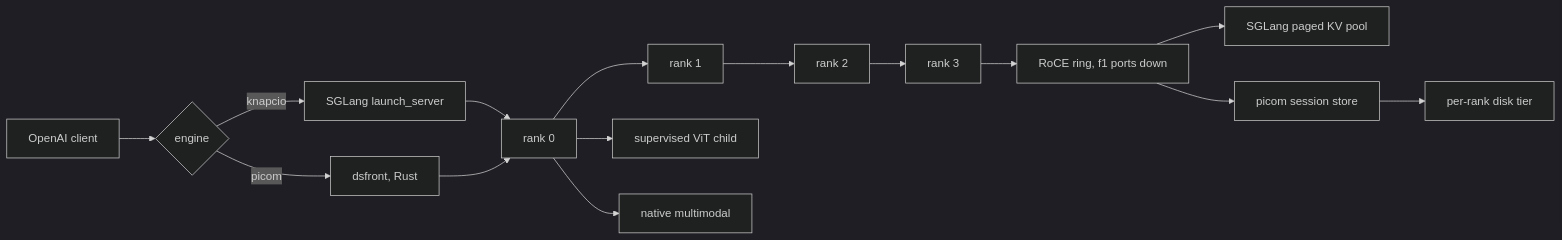
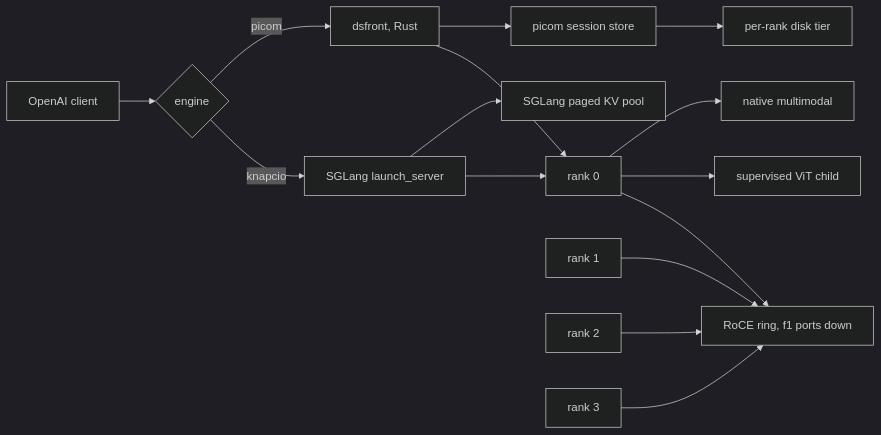
One commit to littlecedar/sparkrun-recipe-registry changed the first of 2 diagrams in recipes/ds4/PICOM-VS-KNAPCIO.md. Above: the diagram before and after it, drawn with Mermaid (dark theme).

Commit message:
ds4: draw four ranks on one switch, not a chain that ends at rank 3
- Each rank now has its own edge to the fabric, so the ring is a switch all four reach.
- The KV pool hangs off the knapcio engine and the session store off the picom engine;
  neither is a device behind the fabric.

````diff
--- a/recipes/ds4/PICOM-VS-KNAPCIO.md
+++ b/recipes/ds4/PICOM-VS-KNAPCIO.md
@@ -45,17 +45,17 @@
 ```mermaid
 flowchart LR
   client[OpenAI client] --> fe{engine}
   fe -->|knapcio| sg["SGLang launch_server"]
   fe -->|picom| df["dsfront, Rust"]
   sg --> r0[rank 0]
   df --> r0
-  r0 --> r1[rank 1]
-  r1 --> r2[rank 2]
-  r2 --> r3[rank 3]
-  r3 --> ring["RoCE ring, f1 ports down"]
-  ring --> kv["SGLang paged KV pool"]
-  ring --> ss["picom session store"]
+  sg --> kv["SGLang paged KV pool"]
+  df --> ss["picom session store"]
   ss --> disk["per-rank disk tier"]
+  r0 --> ring["RoCE ring, f1 ports down"]
+  r1[rank 1] --> ring
+  r2[rank 2] --> ring
+  r3[rank 3] --> ring
   r0 --> vis["supervised ViT child"]
   r0 --> nat["native multimodal"]
 ```
````
